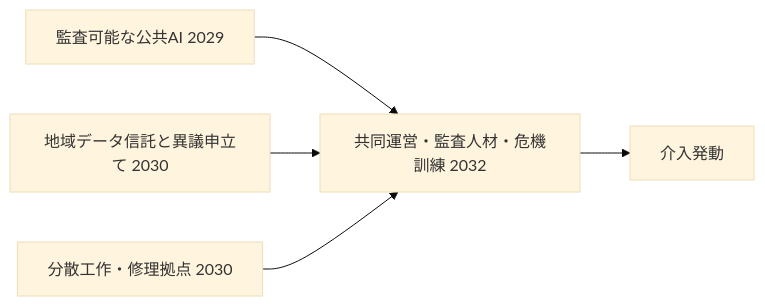
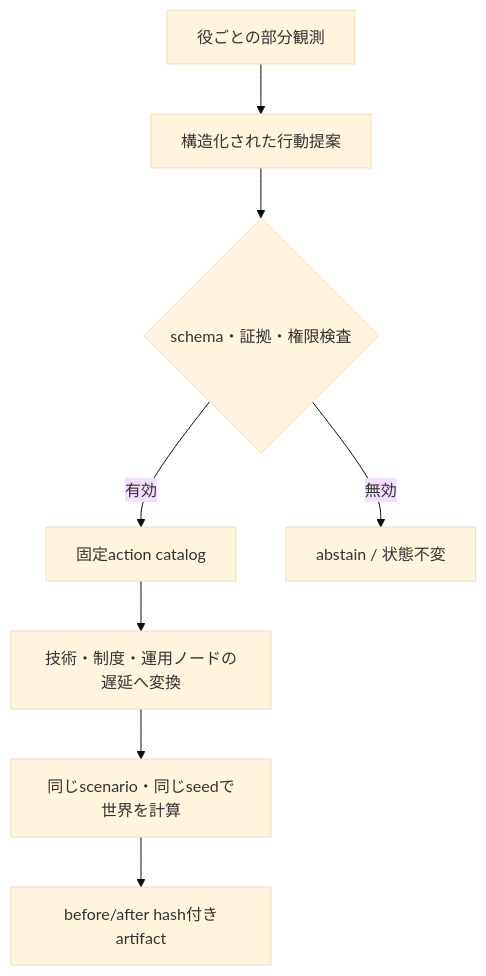
The second of 2 diagrams in README.md (nexus-ai-2045/fiction-forks), drawn with Mermaid (base theme) before and after one commit. The commit also changed other lines of this file and 25 other files, not shown here.

````diff
--- a/README.md
+++ b/README.md
@@ -143,7 +72,10 @@
 ```mermaid
-flowchart LR
-    publicAI["監査可能な公共AI 2029"] --> operations["共同運営・監査人材・危機訓練 2032"]
-    dataTrust["地域データ信託と異議申立て 2030"] --> operations
-    fabrication["分散工作・修理拠点 2030"] --> operations
-    operations --> activation["介入発動"]
+flowchart TB
+    obs["役ごとの部分観測"] --> intent["構造化された行動提案"]
+    intent --> gate{"schema・証拠・権限検査"}
+    gate -->|有効| catalog["固定action catalog"]
+    gate -->|無効| abstain["abstain / 状態不変"]
+    catalog --> tree["技術・制度・運用ノードの遅延へ変換"]
+    tree --> physics["同じscenario・同じseedで世界を計算"]
+    physics --> log["before/after hash付きartifact"]
 ```
````
